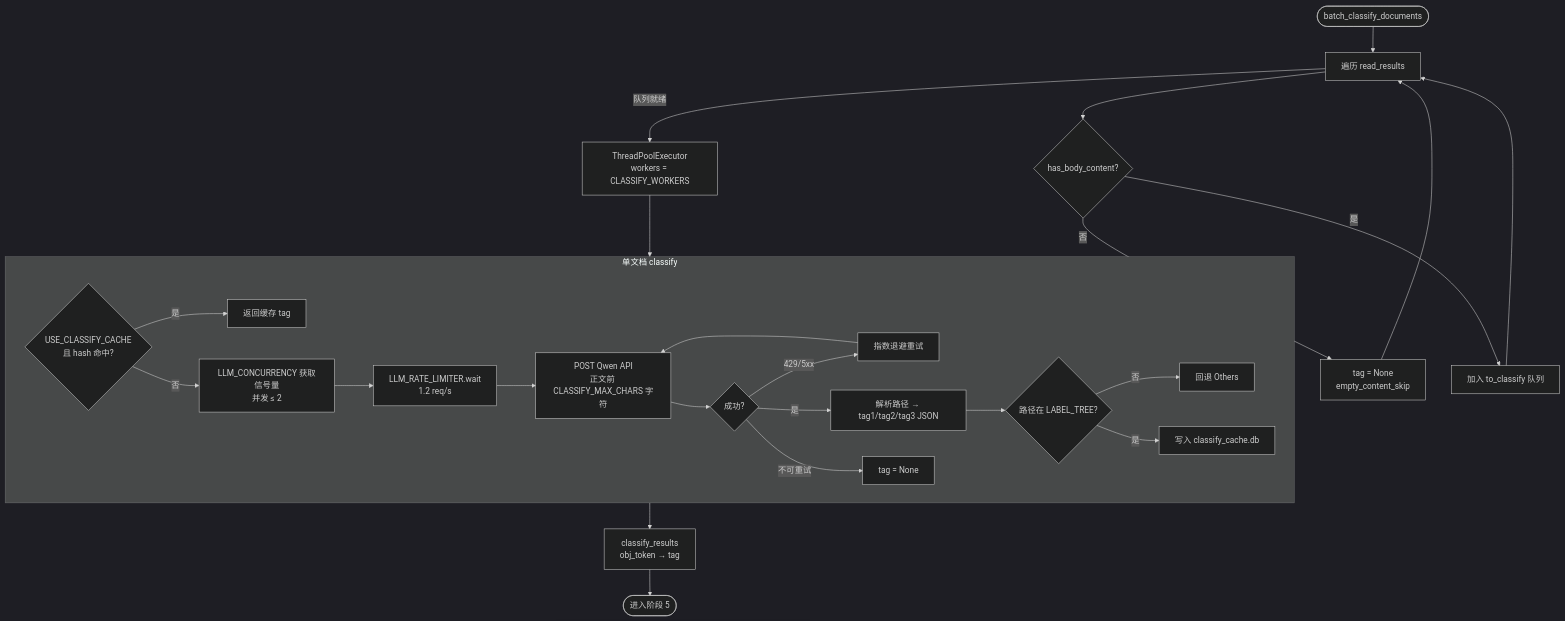
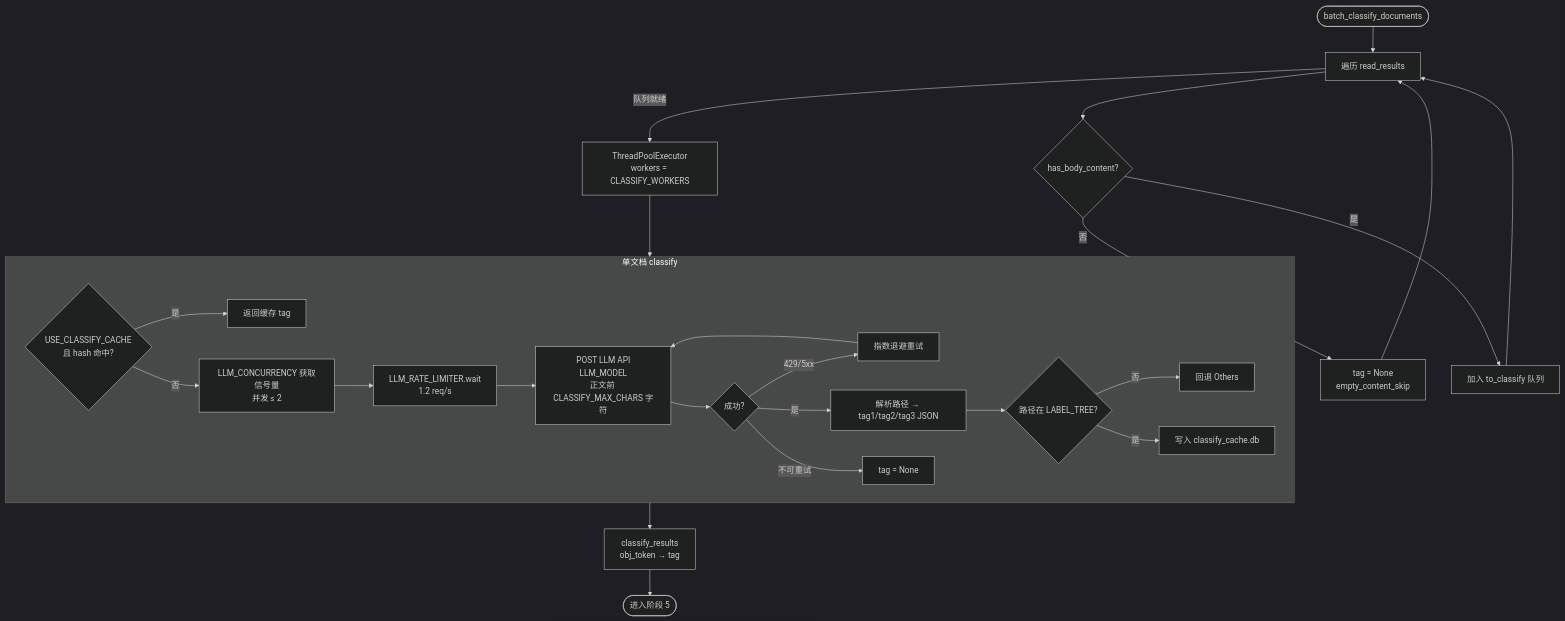
The sixth of 10 diagrams in docs/AI_DocClassifier说明文档.md (Leonard49/AI_DocClassifier), drawn with Mermaid (dark theme) before and after one commit. The commit also changed other lines of this file and 5 other files, not shown here.

First line of the commit message:
Replace Qwen-specific classifier with generic LLM tree classifier and configurable model settings.

````diff
--- a/docs/AI_DocClassifier说明文档.md
+++ b/docs/AI_DocClassifier说明文档.md
@@ -660,32 +665,32 @@
 ```mermaid
 flowchart TD
     C0([batch_classify_documents]) --> C1[遍历 read_results]
 
     C1 --> C2{has_body_content?}
     C2 -->|否| C2S[tag = None<br/>empty_content_skip]
     C2 -->|是| C3[加入 to_classify 队列]
 
     C2S --> C1
     C3 --> C1
     C1 -->|队列就绪| C4[ThreadPoolExecutor<br/>workers = CLASSIFY_WORKERS]
 
     subgraph CLASSIFY_ONE["单文档 classify"]
         C5{USE_CLASSIFY_CACHE<br/>且 hash 命中?}
         C5 -->|是| C5H[返回缓存 tag]
         C5 -->|否| C6[LLM_CONCURRENCY 获取信号量<br/>并发 ≤ 2]
         C6 --> C7[LLM_RATE_LIMITER.wait<br/>1.2 req/s]
-        C7 --> C8[POST Qwen API<br/>正文前 CLASSIFY_MAX_CHARS 字符]
+        C7 --> C8[POST LLM API<br/>LLM_MODEL<br/>正文前 CLASSIFY_MAX_CHARS 字符]
         C8 --> C9{成功?}
         C9 -->|429/5xx| C10[指数退避重试]
         C10 --> C8
         C9 -->|是| C11[解析路径 → tag1/tag2/tag3 JSON]
         C11 --> C12{路径在 LABEL_TREE?}
         C12 -->|否| C13[回退 Others]
         C12 -->|是| C14[写入 classify_cache.db]
         C9 -->|不可重试| C9F[tag = None]
     end
 
     C4 --> CLASSIFY_ONE
     CLASSIFY_ONE --> C20[classify_results<br/>obj_token → tag]
     C20 --> C21([进入阶段 5])
 ```
````
